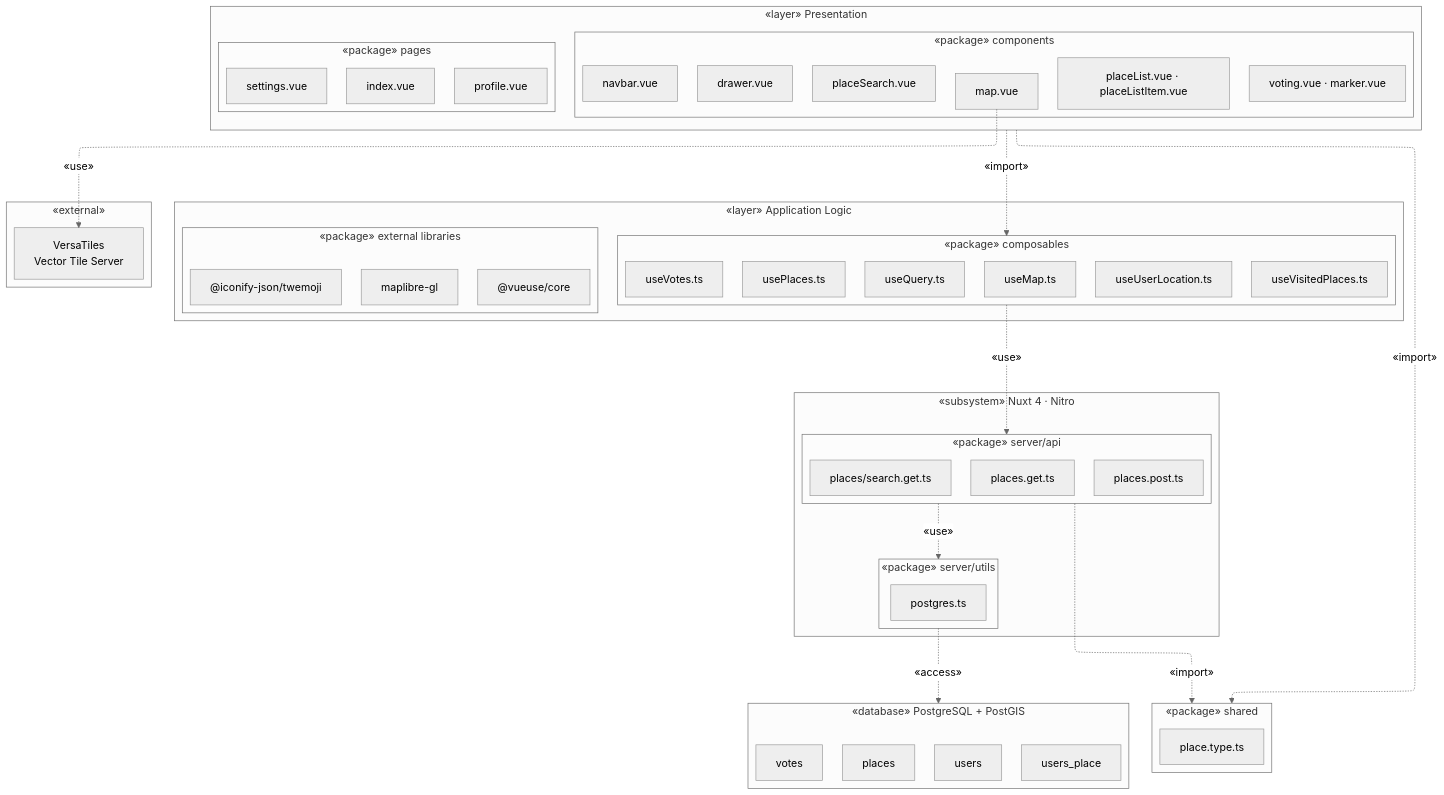
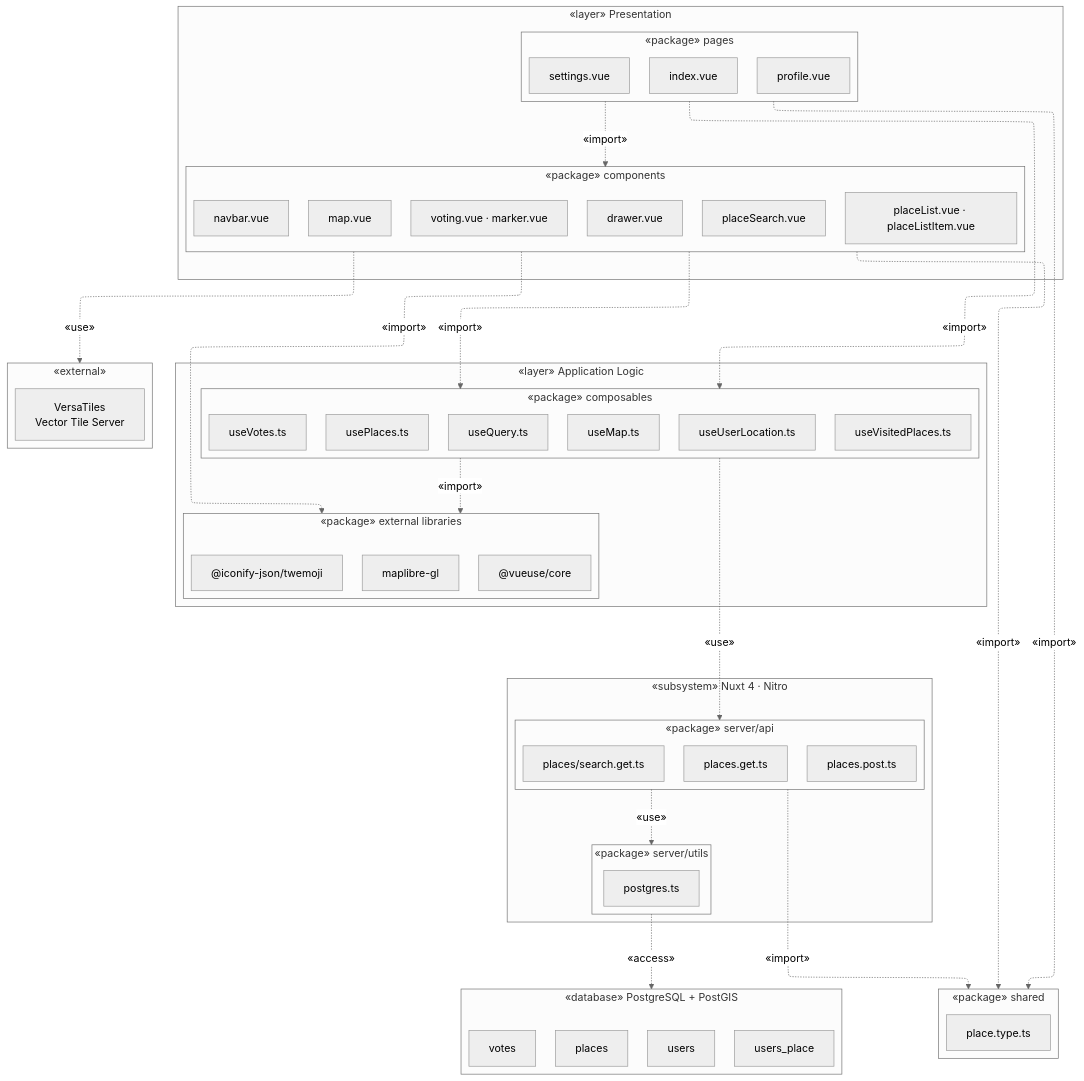
One commit to urban05/placey changed the diagram in docs/project-management/package-diagram.md. Above: the diagram before and after it, drawn with Mermaid.

Commit message:
Refactor package diagram subgraph names and connections

````diff
--- a/docs/project-management/package-diagram.md
+++ b/docs/project-management/package-diagram.md
@@ -2,73 +2,78 @@
 ```mermaid
 ---
 config:
   layout: elk
   theme: neutral
 ---
 graph TB
   subgraph Shared["«package» shared"]
     PT["place.type.ts"]
   end
 
-  subgraph Presentation["«layer» Presentation"]
+  subgraph PresentationLayer["«layer» Presentation"]
     subgraph Pages["«package» pages"]
       P1["index.vue"]
       P2["profile.vue"]
       P3["settings.vue"]
     end
     subgraph Components["«package» components"]
       C1["map.vue"]
       C2["drawer.vue"]
       C3["navbar.vue"]
       C4["placeSearch.vue"]
       C5["placeList.vue · placeListItem.vue"]
       C6["voting.vue · marker.vue"]
     end
   end
 
-  subgraph AppLogic["«layer» Application Logic"]
+  subgraph AppLogicLayer["«layer» Application Logic"]
     subgraph Composables["«package» composables"]
       CO1["usePlaces.ts"]
       CO2["useMap.ts"]
       CO3["useVotes.ts"]
       CO4["useUserLocation.ts"]
       CO5["useVisitedPlaces.ts"]
       CO6["useQuery.ts"]
     end
     subgraph ExtLibs["«package» external libraries"]
       L1["maplibre-gl"]
       L2["@vueuse/core"]
       L3["@iconify-json/twemoji"]
     end
   end
 
-  subgraph Server["«subsystem» Nuxt 4 · Nitro"]
+  subgraph ServerLayer["«subsystem» Nuxt 4 · Nitro"]
     subgraph API["«package» server/api"]
       A1["places.get.ts"]
       A2["places.post.ts"]
       A3["places/search.get.ts"]
     end
     subgraph Utils["«package» server/utils"]
       U1["postgres.ts"]
     end
   end
 
   subgraph DB["«database» PostgreSQL + PostGIS"]
     T1["places"]
     T2["users"]
     T3["votes"]
     T4["users_place"]
   end
 
-  subgraph External["«external»"]
+  subgraph ExternalServices["«external»"]
     EX1["VersaTiles\nVector Tile Server"]
   end
 
-  Presentation  -. "«import»" .-> Composables
-  Presentation  -. "«import»" .-> Shared
-  Composables   -. "«use»"    .-> API
-  API           -. "«import»" .-> Shared
-  API           -. "«use»"    .-> Utils
-  Utils         -. "«access»" .-> DB
-  C1            -. "«use»"    .-> EX1
+  Pages       -. "«import»" .-> Components
+  Pages       -. "«import»" .-> Composables
+  Pages       -. "«import»" .-> Shared
+  Components  -. "«import»" .-> Composables
+  Components  -. "«import»" .-> ExtLibs
+  Components  -. "«import»" .-> Shared
+  Components  -. "«use»"    .-> ExternalServices
+  Composables -. "«import»" .-> ExtLibs
+  Composables -. "«use»"    .-> API
+  API         -. "«import»" .-> Shared
+  API         -. "«use»"    .-> Utils
+  Utils       -. "«access»" .-> DB
 ```
````
